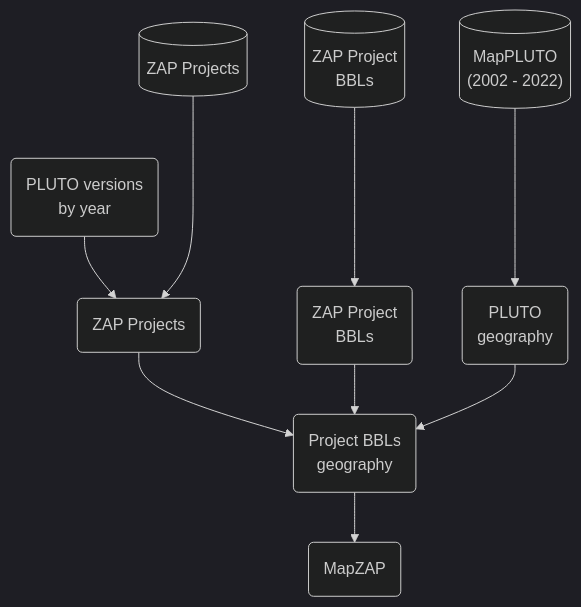
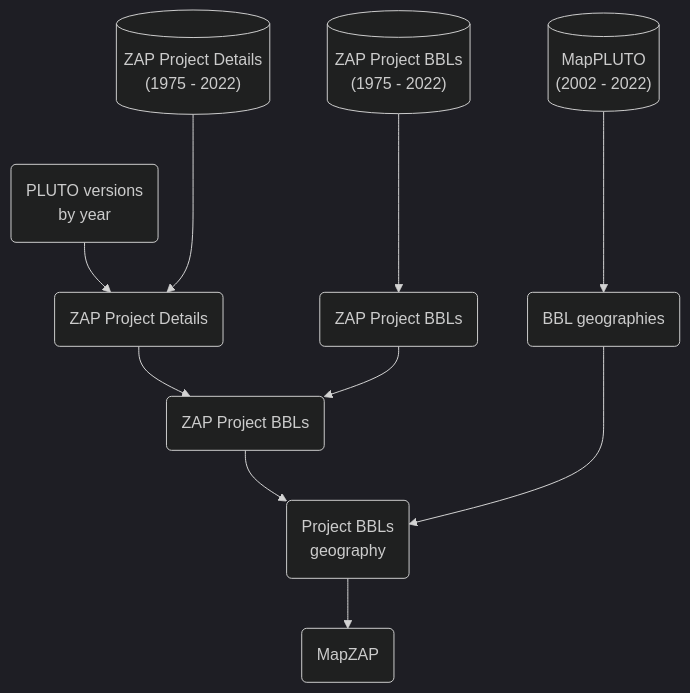
The diagram in README.md (NYCPlanning/db-zap-opendata), drawn with Mermaid (dark theme) before and after one commit.

Commit message:
better diagram

````diff
--- a/README.md
+++ b/README.md
@@ -40,34 +40,36 @@
 ```mermaid
 %%{ init: { 'flowchart': { 'curve': 'curveMonotoneY' } } }%%
 flowchart TB
-    %% source data
-    src_projects[(ZAP Projects)]
-    src_project_bbls[(ZAP Project\nBBLs)]
-    src_pluto_years(PLUTO versions\nby year)
-    src_MapPLUTO[("MapPLUTO\n(2002 - 2022)")]
+%% souce data
+src_projects[("ZAP Project Details\n(1975 - 2022)")]
+src_project_bbls[("ZAP Project BBLs\n(1975 - 2022)")]
+src_pluto_years(PLUTO versions\nby year)
+src_MapPLUTO[("MapPLUTO\n(2002 - 2022)")]
 
-    %% intermediate data
-    projects_pluto("ZAP Projects")
-    pluto_geo("PLUTO\ngeography")
-    project_bbl_geo("Project BBLs\ngeography")
-    projects_bbl("ZAP Project\nBBLs")
+%% intermediate data
+projects_pluto("ZAP Project Details")
+project_bbls("ZAP Project BBLs")
+project_info_bbls("ZAP Project BBLs")
+pluto_geo("BBL geographies")
+project_bbl_geo("Project BBLs\ngeography")
 
-    %% final data
-    project_geo("MapZAP")
+%% final data
+project_geo("MapZAP")
 
-    %% 
-    src_pluto_years --> projects_pluto
-    src_projects ---> projects_pluto
+%% 
+src_pluto_years --> projects_pluto
+src_projects ---> projects_pluto
 
-    src_project_bbls ---> projects_bbl
+src_project_bbls ---> project_bbls
 
-    src_MapPLUTO ---> pluto_geo
+src_MapPLUTO ---> pluto_geo
 
-    %% 
-    projects_pluto --> project_bbl_geo
-    projects_bbl --> project_bbl_geo
-    pluto_geo --> project_bbl_geo
+%% 
+projects_pluto --> project_info_bbls
+project_bbls --> project_info_bbls
+project_info_bbls --> project_bbl_geo
+pluto_geo ---> project_bbl_geo
 
-    %% 
-    project_bbl_geo --> project_geo
+%% 
+project_bbl_geo --> project_geo
 ```
````
